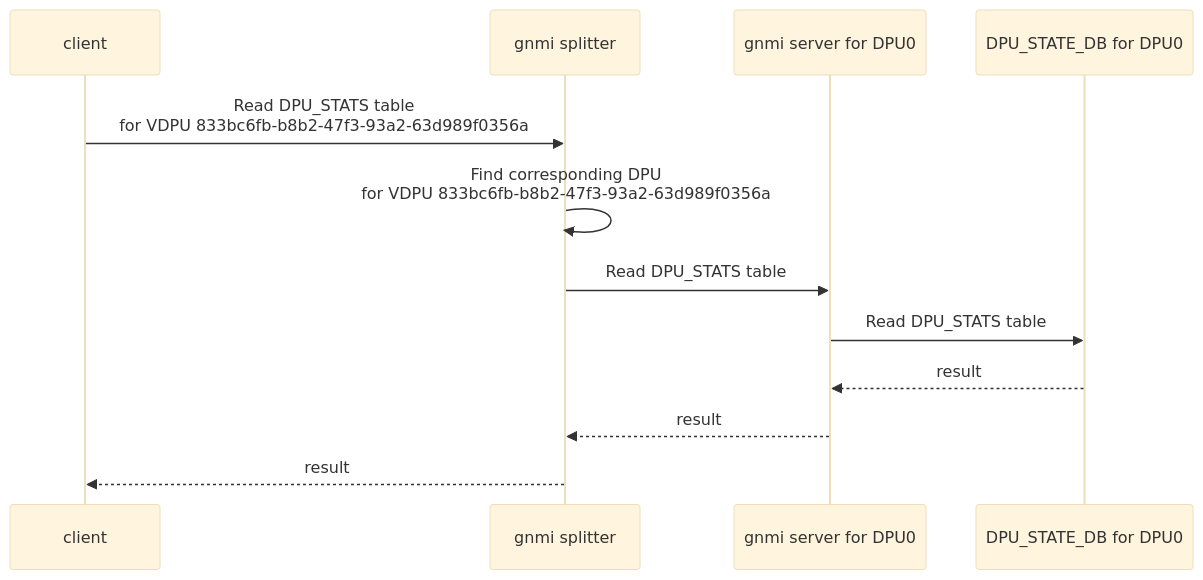
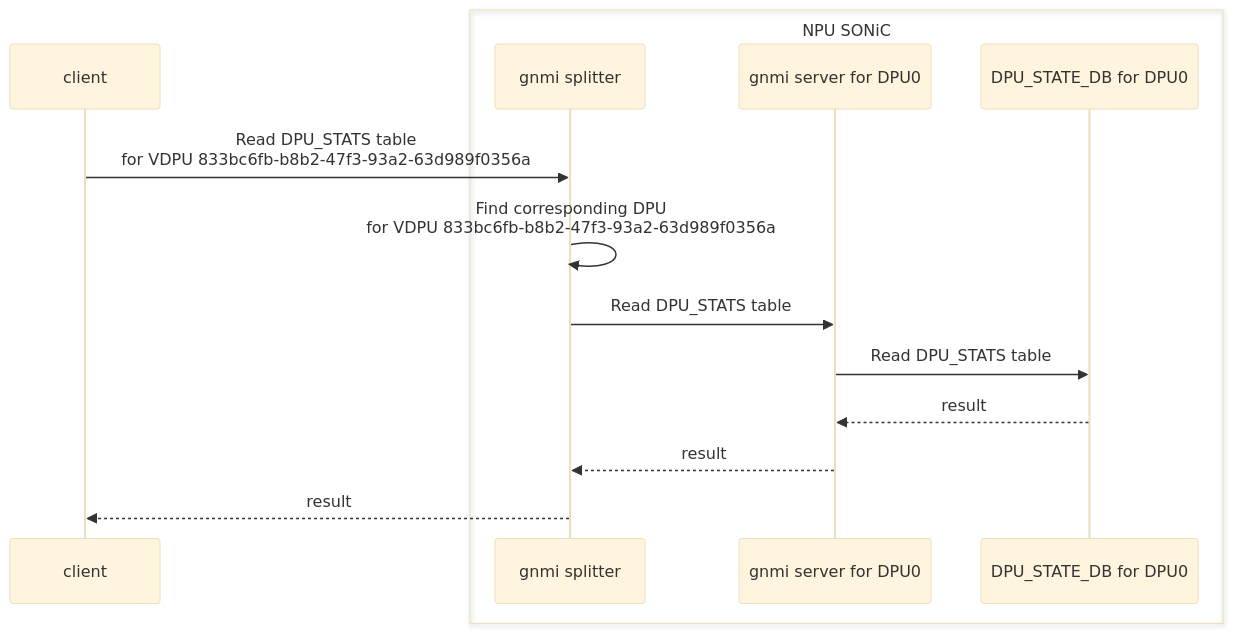
The diagram in DPU_STAT.md (wen587/mermaid), drawn with Mermaid (base theme) before and after one commit.

````diff
--- a/DPU_STAT.md
+++ b/DPU_STAT.md
@@ -1,14 +1,16 @@
 ```mermaid
 sequenceDiagram
     participant client
-    participant gnmi splitter
-    participant gnmi server for DPU0
-    participant DPU_STATE_DB for DPU0
+    box NPU SONiC
+        participant gnmi splitter
+        participant gnmi server for DPU0
+        participant DPU_STATE_DB for DPU0
+    end
     client->>gnmi splitter: Read DPU_STATS table<br>for VDPU 833bc6fb-b8b2-47f3-93a2-63d989f0356a
     gnmi splitter->>gnmi splitter: Find corresponding DPU<br> for VDPU 833bc6fb-b8b2-47f3-93a2-63d989f0356a
     gnmi splitter->>gnmi server for DPU0: Read DPU_STATS table
     gnmi server for DPU0->>DPU_STATE_DB for DPU0: Read DPU_STATS table
     DPU_STATE_DB for DPU0-->>gnmi server for DPU0: result
     gnmi server for DPU0-->>gnmi splitter: result
     gnmi splitter-->>client: result
 ```
````
